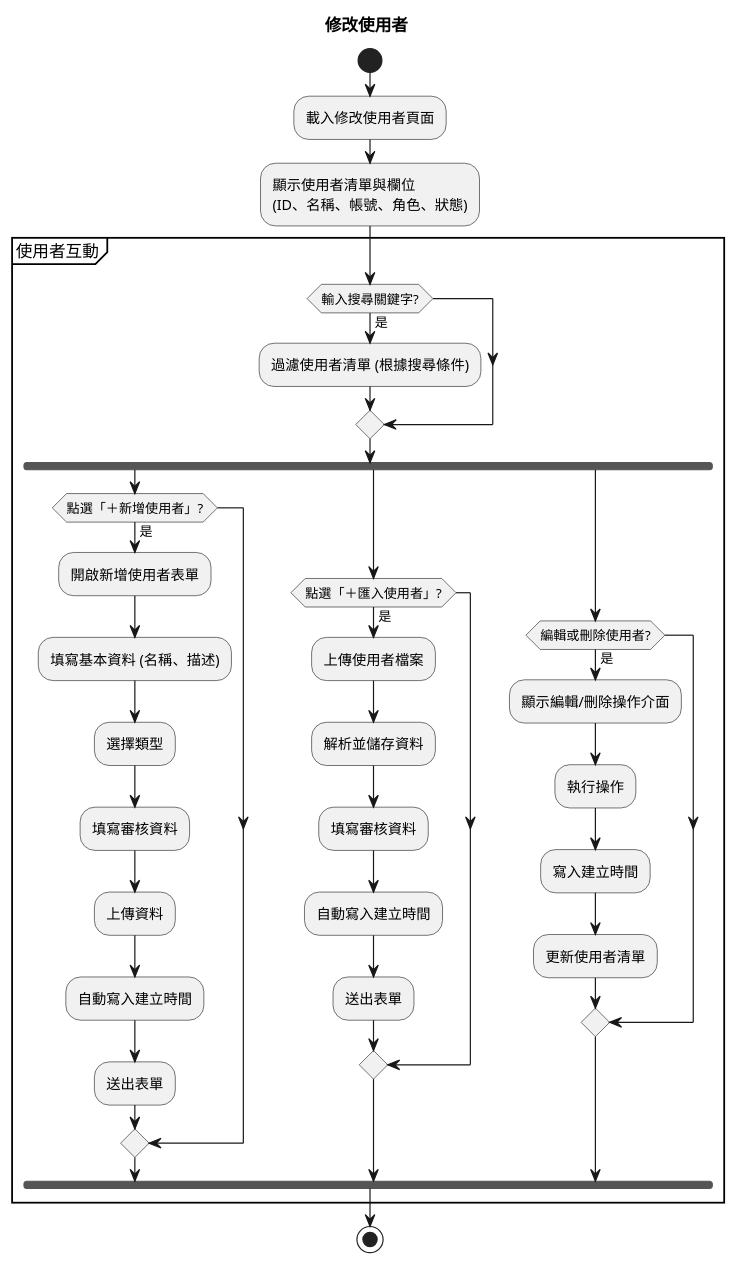
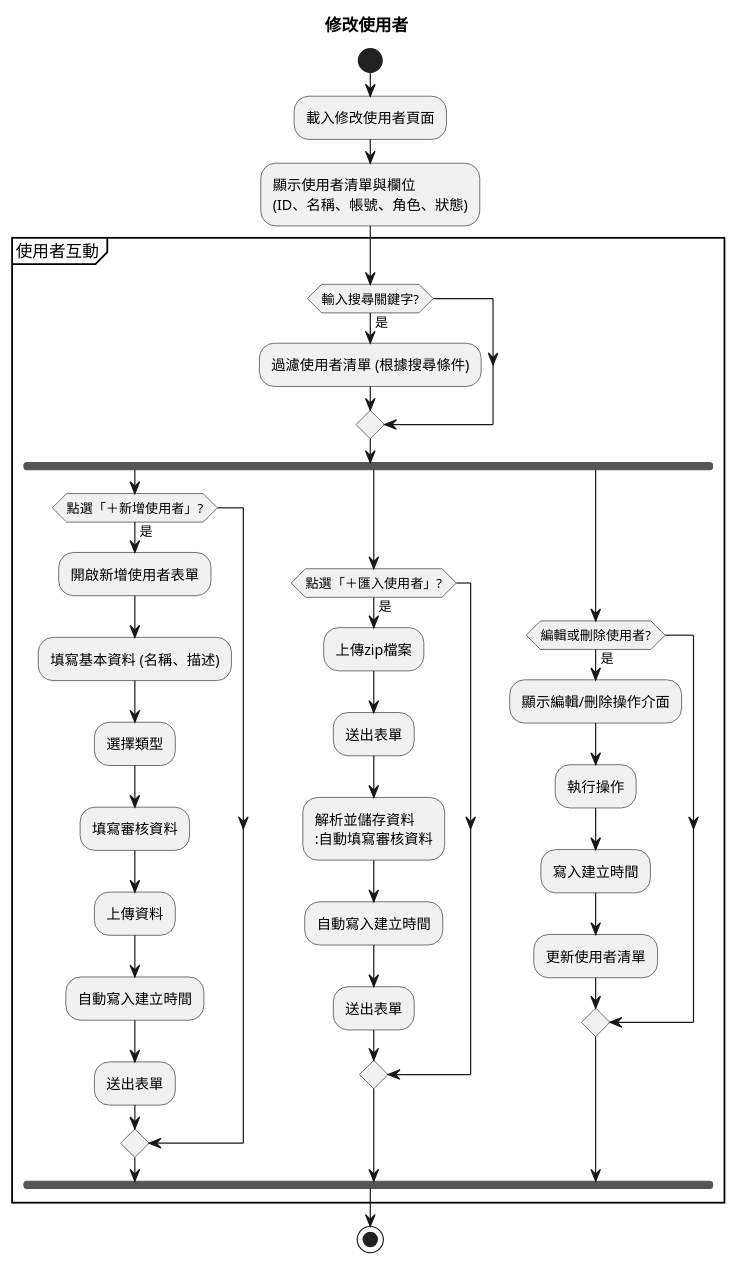
The diagram in plantUML/activity/user_edit.puml (walle45611/NTUB_SecuManag_Diagram), drawn with PlantUML before and after one commit. The commit also changed 6 other files, not shown here.

```diff
--- a/plantUML/activity/user_edit.puml
+++ b/plantUML/activity/user_edit.puml
@@ -1,45 +1,46 @@
 @startuml edit_asset_activity
 title 修改使用者
 start
 
 :載入修改使用者頁面;
 
 :顯示使用者清單與欄位
 (ID、名稱、帳號、角色、狀態);
 
 partition "使用者互動" {
 
     if (輸入搜尋關鍵字?) then (是)
         :過濾使用者清單 (根據搜尋條件);
     endif
     fork
         if (點選「＋新增使用者」?) then (是)
             :開啟新增使用者表單;
             :填寫基本資料 (名稱、描述);
             :選擇類型;
             :填寫審核資料;
             :上傳資料;
             :自動寫入建立時間;
             :送出表單;
         endif
     fork again
         if (點選「＋匯入使用者」?) then (是)
-            :上傳使用者檔案;
-            :解析並儲存資料;
-            :填寫審核資料;
+            :上傳zip檔案;
+            :送出表單;
+            :解析並儲存資料
+            :自動填寫審核資料;
             :自動寫入建立時間;
             :送出表單;
         endif
     fork again
         if (編輯或刪除使用者?) then (是)
             :顯示編輯/刪除操作介面;
             :執行操作;
             :寫入建立時間;
             :更新使用者清單;
         endif
     end fork
 }
 
 stop
 
 @enduml
```
